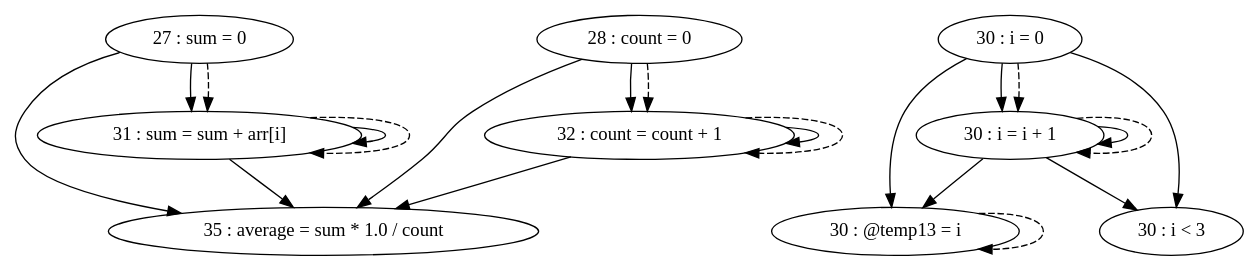
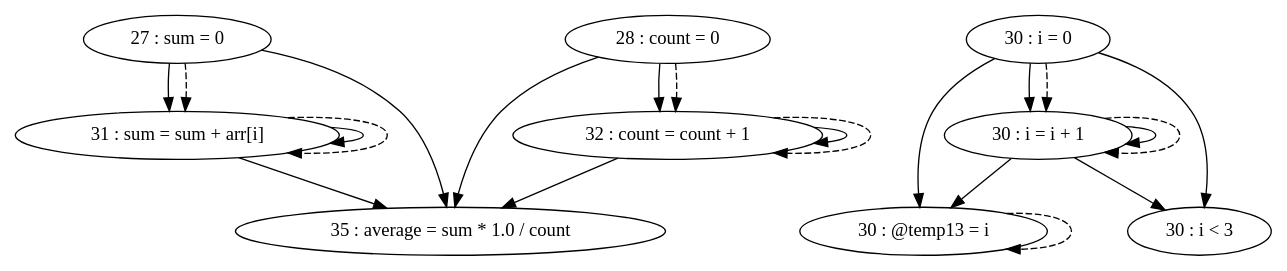
The diagram in pdg/source/testFiles/TestCases/TestCase4/TestCase4-test2.gv (thomassimko/thesis-code-duplication), drawn with Graphviz before and after one commit. The commit also changed other lines of this file and 63 other files, not shown here.

Commit message:
fixed issue with loop in graph

```diff
--- a/pdg/source/testFiles/TestCases/TestCase4/TestCase4-test2.gv
+++ b/pdg/source/testFiles/TestCases/TestCase4/TestCase4-test2.gv
@@ -1,32 +1,32 @@
 digraph G {
 "27 : sum = 0"
+"27 : sum = 0" -> "31 : sum = sum + arr[i]"
 "27 : sum = 0" -> "35 : average = sum * 1.0 / count"
-"27 : sum = 0" -> "31 : sum = sum + arr[i]"
 "27 : sum = 0" -> "31 : sum = sum + arr[i]" [style=dashed]
 "28 : count = 0"
 "28 : count = 0" -> "35 : average = sum * 1.0 / count"
 "28 : count = 0" -> "32 : count = count + 1"
 "28 : count = 0" -> "32 : count = count + 1" [style=dashed]
 "30 : i = 0"
 "30 : i = 0" -> "30 : i = i + 1"
 "30 : i = 0" -> "30 : @temp13 = i"
 "30 : i = 0" -> "30 : i < 3"
 "30 : i = 0" -> "30 : i = i + 1" [style=dashed]
 "30 : i < 3"
 "31 : sum = sum + arr[i]"
+"31 : sum = sum + arr[i]" -> "31 : sum = sum + arr[i]"
 "31 : sum = sum + arr[i]" -> "35 : average = sum * 1.0 / count"
-"31 : sum = sum + arr[i]" -> "31 : sum = sum + arr[i]"
 "31 : sum = sum + arr[i]" -> "31 : sum = sum + arr[i]" [style=dashed]
 "32 : count = count + 1"
 "32 : count = count + 1" -> "35 : average = sum * 1.0 / count"
 "32 : count = count + 1" -> "32 : count = count + 1"
 "32 : count = count + 1" -> "32 : count = count + 1" [style=dashed]
 "30 : @temp13 = i"
 "30 : @temp13 = i" -> "30 : @temp13 = i" [style=dashed]
 "30 : i = i + 1"
 "30 : i = i + 1" -> "30 : i = i + 1"
 "30 : i = i + 1" -> "30 : @temp13 = i"
 "30 : i = i + 1" -> "30 : i < 3"
 "30 : i = i + 1" -> "30 : i = i + 1" [style=dashed]
 "35 : average = sum * 1.0 / count"
 }
```
